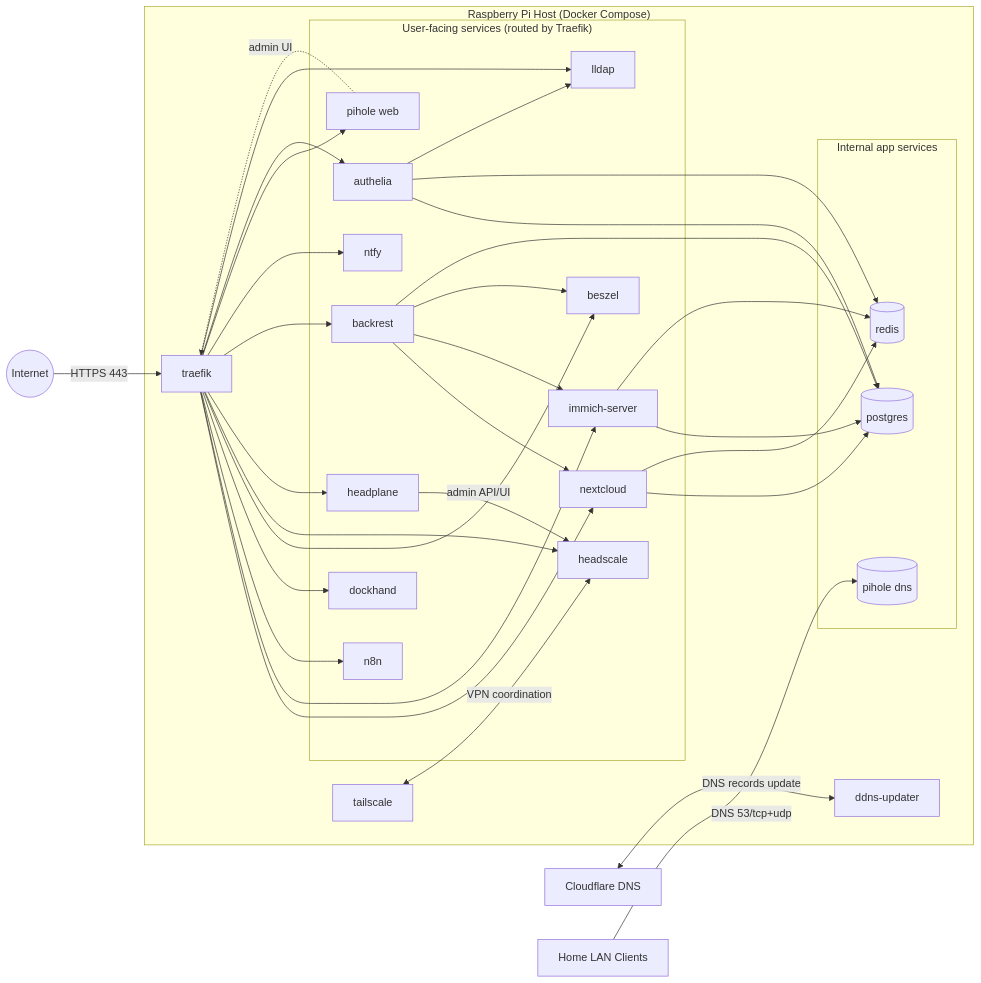
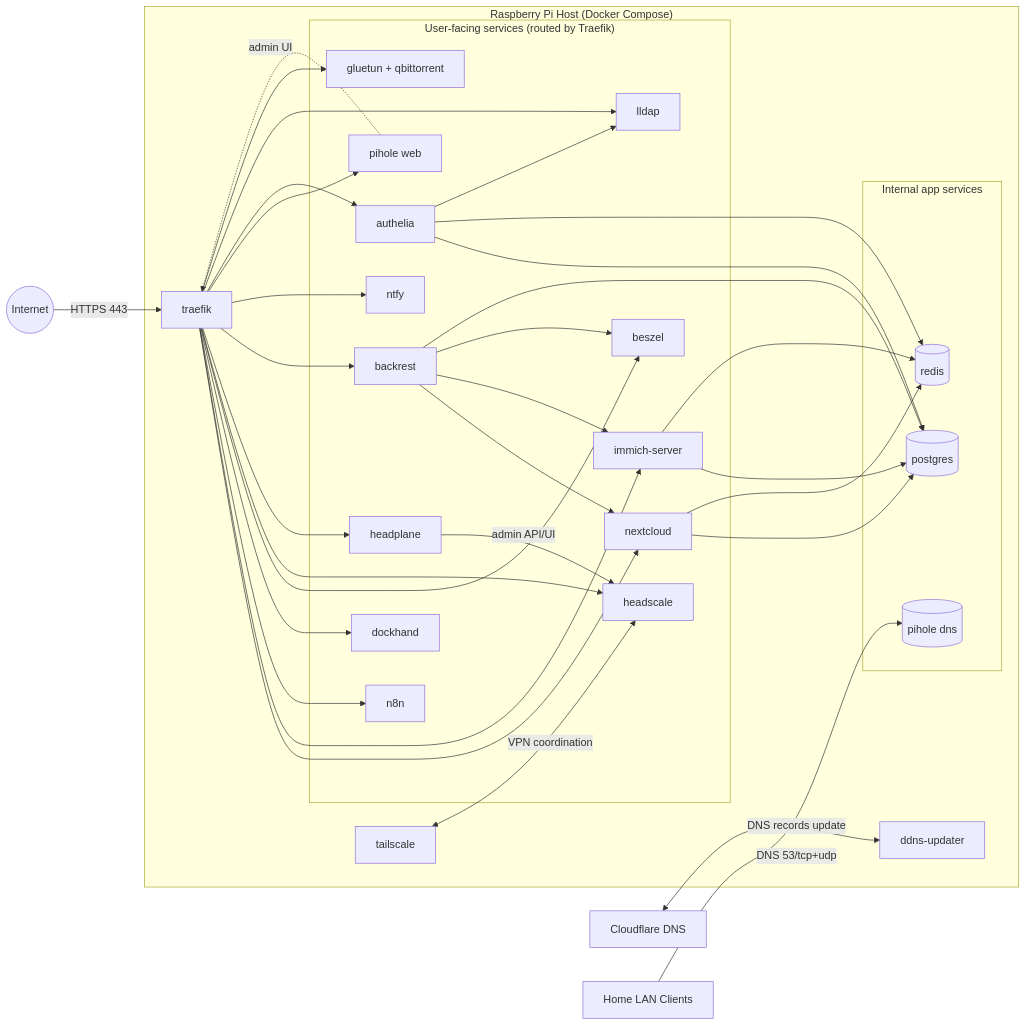
One commit to florianajir/pi-web changed the first of 3 diagrams in docs/ARCHITECTURE.md. Above: the diagram before and after it, drawn with Mermaid. The commit also changed other lines of this file and 2 other files, not shown here.

Commit message:
feat: add qBittorrent and Gluetun VPN configuration to documentation

````diff
--- a/docs/ARCHITECTURE.md
+++ b/docs/ARCHITECTURE.md
@@ -5,66 +5,68 @@
 ```mermaid
 flowchart LR
   Internet((Internet))
   Cloudflare[Cloudflare DNS]
   LAN[Home LAN Clients]
 
   subgraph Pi["Raspberry Pi Host (Docker Compose)"]
     DDNS[ddns-updater]
     Traefik[traefik]
     Tailscale[tailscale]
 
     subgraph Apps["User-facing services (routed by Traefik)"]
       Nextcloud[nextcloud]
       Immich[immich-server]
       N8N[n8n]
       Dockhand[dockhand]
       Beszel[beszel]
       Headscale[headscale]
       Headplane[headplane]
       Backrest[backrest]
       Ntfy[ntfy]
       PiholeWeb[pihole web]
       Authelia[authelia]
       Lldap[lldap]
+      Gluetun[gluetun + qbittorrent]
     end
 
     subgraph Internal["Internal app services"]
       Postgres[(postgres)]
       Redis[(redis)]
       PiholeDNS[(pihole dns)]
     end
   end
 
   Internet -->|HTTPS 443| Traefik
   Cloudflare <-->|DNS records update| DDNS
   Traefik --> Nextcloud
   Traefik --> Immich
   Traefik --> N8N
   Traefik --> Dockhand
   Traefik --> Beszel
   Traefik --> Headscale
   Traefik --> Headplane
   Traefik --> Backrest
   Traefik --> Ntfy
   Traefik --> PiholeWeb
   Traefik --> Authelia
   Traefik --> Lldap
+  Traefik --> Gluetun
 
   Nextcloud --> Postgres
   Nextcloud --> Redis
   Immich --> Postgres
   Immich --> Redis
   Authelia --> Postgres
   Authelia --> Redis
   Authelia --> Lldap
   Backrest --> Nextcloud
   Backrest --> Immich
   Backrest --> Beszel
   Backrest --> Postgres
 
   LAN -->|DNS 53/tcp+udp| PiholeDNS
   PiholeWeb -.admin UI.-> Traefik
 
   Tailscale <-->|VPN coordination| Headscale
   Headplane -->|admin API/UI| Headscale
 ```
````
